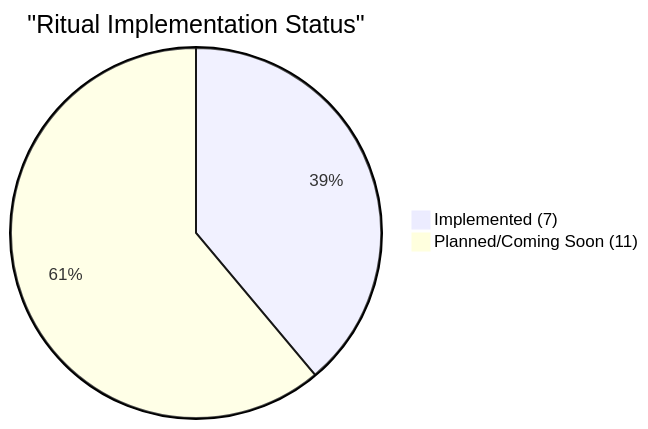
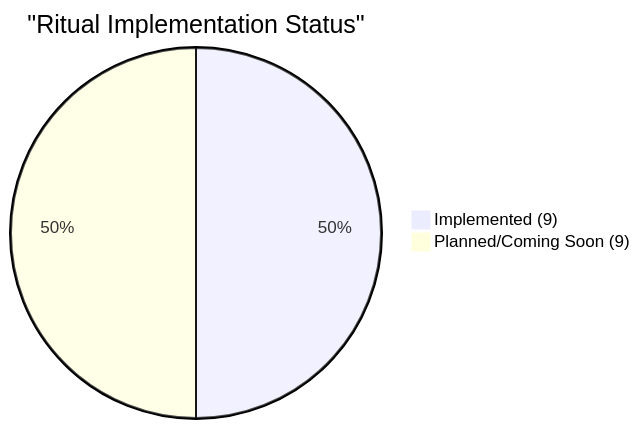
One commit to Underwood-Inc/rituals changed the third of 4 diagrams in README.md. Above: the diagram before and after it, drawn with Mermaid. The commit also changed other lines of this file and 10 other files, not shown here.

````diff
--- a/README.md
+++ b/README.md
@@ -369,5 +369,5 @@
 ```mermaid
 pie title "Ritual Implementation Status"
-    "Implemented (7)" : 7
-    "Planned/Coming Soon (11)" : 11
+    "Implemented (9)" : 9
+    "Planned/Coming Soon (9)" : 9
 ```
````
